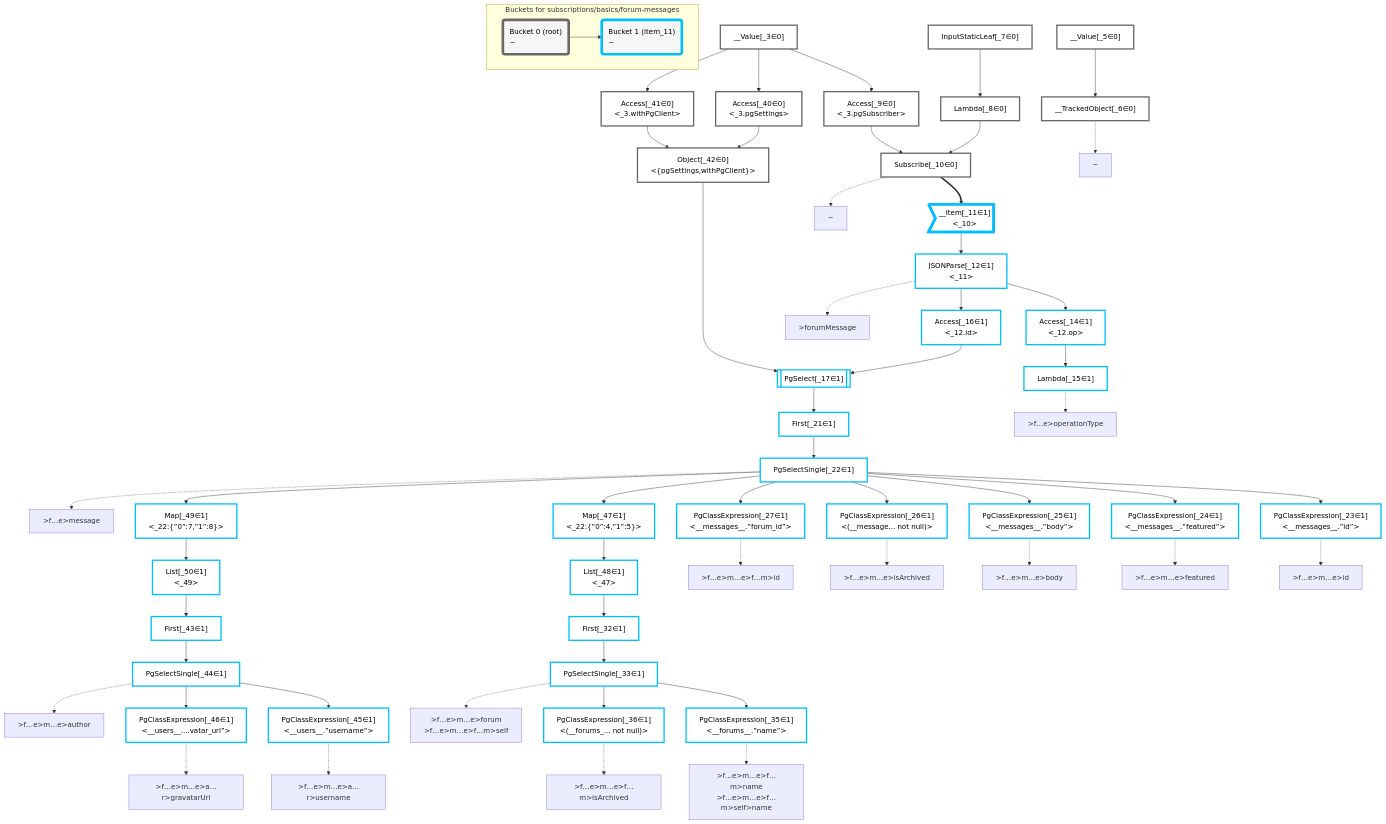
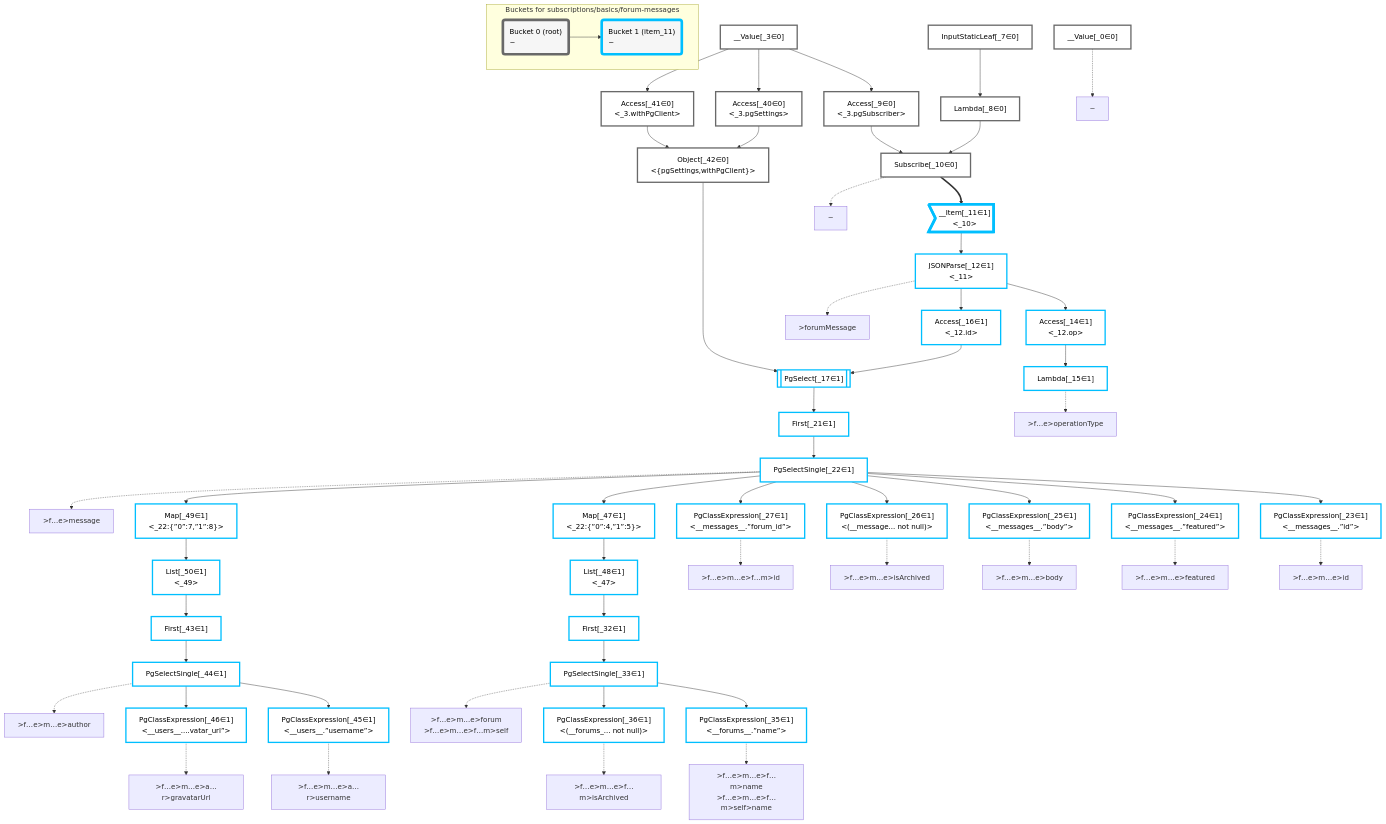
Before and after one commit to graphile/crystal: the diagram in packages/dataplan-pg/__tests__/subscriptions/basics/forum-messages.mermaid.md, drawn with Mermaid. The commit also changed 193 other files, not shown here.

Commit message:
Update test plan snapshots with new root plan

```diff
--- a/packages/dataplan-pg/__tests__/subscriptions/basics/forum-messages.mermaid.md
+++ b/packages/dataplan-pg/__tests__/subscriptions/basics/forum-messages.mermaid.md
@@ -8,9 +8,8 @@
 
 
     %% define plans
+    __Value_0["__Value[_0∈0]"]:::plan
     __Value_3["__Value[_3∈0]<br /><context>"]:::plan
-    __Value_5["__Value[_5∈0]<br /><rootValue>"]:::plan
-    __TrackedObject_6["__TrackedObject[_6∈0]"]:::plan
     InputStaticLeaf_7["InputStaticLeaf[_7∈0]"]:::plan
     Lambda_8["Lambda[_8∈0]"]:::plan
     Access_9["Access[_9∈0]<br /><_3.pgSubscriber>"]:::plan
@@ -45,7 +44,6 @@
     List_50["List[_50∈1]<br /><_49>"]:::plan
 
     %% plan dependencies
-    __Value_5 --> __TrackedObject_6
     InputStaticLeaf_7 --> Lambda_8
     __Value_3 --> Access_9
     Access_9 --> Subscribe_10
@@ -82,8 +80,8 @@
     Map_49 --> List_50
 
     %% plan-to-path relationships
-    P_6["~"]
-    __TrackedObject_6 -.-> P_6
+    P_0["~"]
+    __Value_0 -.-> P_0
     P_10["~"]
     Subscribe_10 -.-> P_10
     P_12[">forumMessage"]
@@ -117,7 +115,7 @@
 
     %% allocate buckets
     classDef bucket0 stroke:#696969
-    class __Value_3,__Value_5,__TrackedObject_6,InputStaticLeaf_7,Lambda_8,Access_9,Subscribe_10,Access_40,Access_41,Object_42 bucket0
+    class __Value_0,__Value_3,InputStaticLeaf_7,Lambda_8,Access_9,Subscribe_10,Access_40,Access_41,Object_42 bucket0
     classDef bucket1 stroke:#00bfff
     class __Item_11,JSONParse_12,Access_14,Lambda_15,Access_16,PgSelect_17,First_21,PgSelectSingle_22,PgClassExpression_23,PgClassExpression_24,PgClassExpression_25,PgClassExpression_26,PgClassExpression_27,First_32,PgSelectSingle_33,PgClassExpression_35,PgClassExpression_36,First_43,PgSelectSingle_44,PgClassExpression_45,PgClassExpression_46,Map_47,List_48,Map_49,List_50 bucket1
 
```
